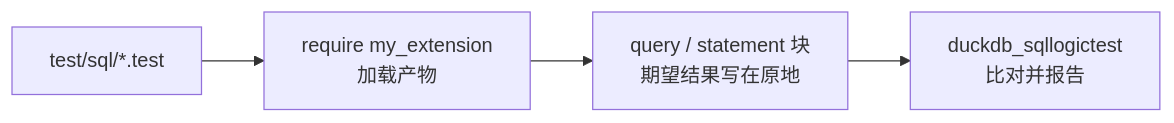
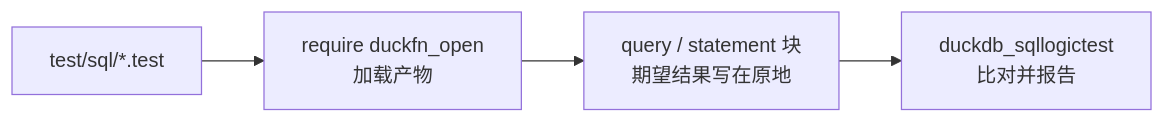
One commit to shijianjs/duckfn-open changed the diagram in docs/i18n/zh-Hans/docusaurus-plugin-content-docs/current/development/testing.md. Above: the diagram before and after it, drawn with Mermaid. The commit also changed other lines of this file and 60 other files, not shown here.

First line of the commit message:
feat(duckfn_open): 接入 open crate，并把构建收窄到桌面平台

````diff
--- a/docs/i18n/zh-Hans/docusaurus-plugin-content-docs/current/development/testing.md
+++ b/docs/i18n/zh-Hans/docusaurus-plugin-content-docs/current/development/testing.md
@@ -23,6 +28,6 @@
 ```mermaid
 flowchart LR
-    file["test/sql/*.test"] --> req["require my_extension<br/>加载产物"]
+    file["test/sql/*.test"] --> req["require duckfn_open<br/>加载产物"]
     req --> blocks["query / statement 块<br/>期望结果写在原地"]
     blocks --> runner["duckdb_sqllogictest<br/>比对并报告"]
 ```
````
